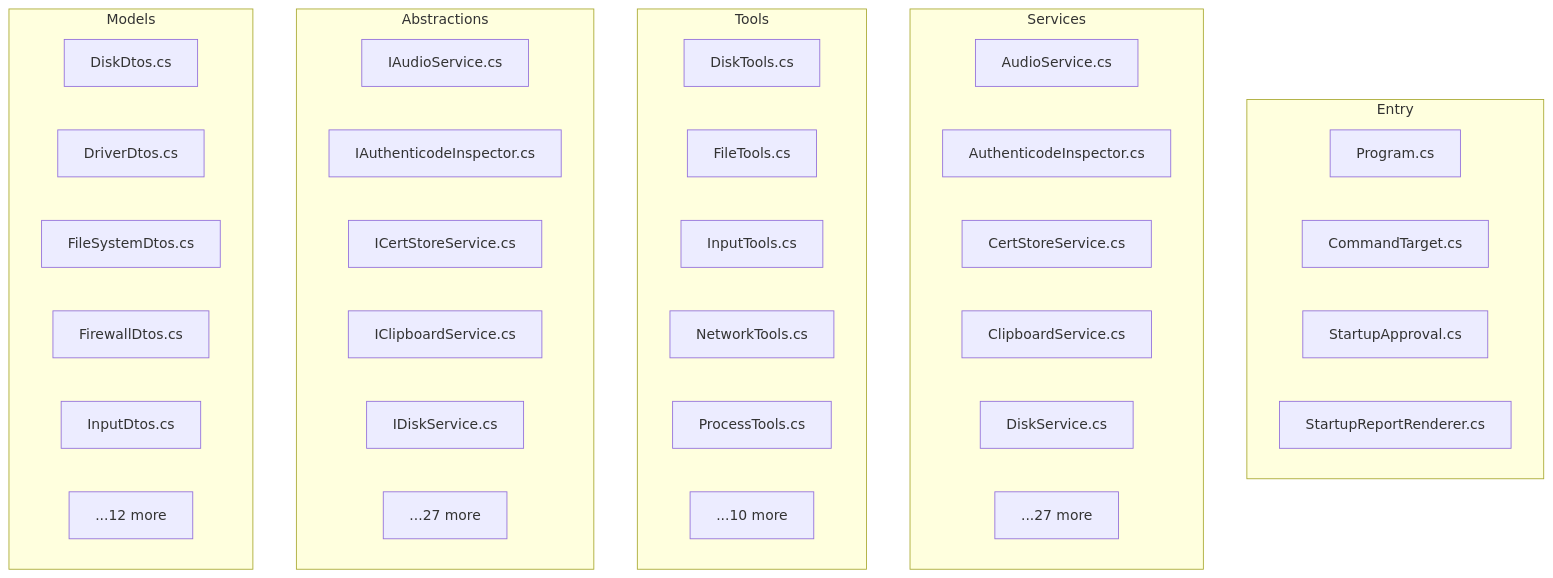
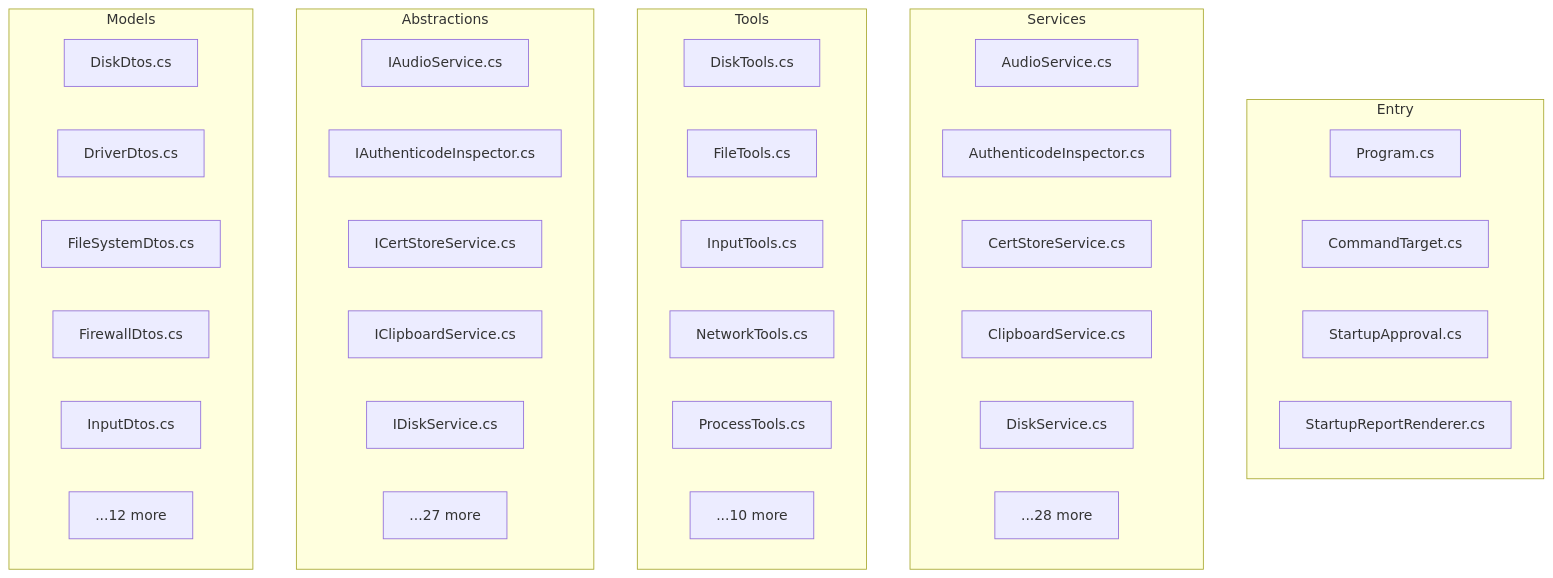
Before and after one commit to Steven23456/Windows-mcp: the diagram in docs/architecture/DEPENDENCY_GRAPH.md, drawn with Mermaid. The commit also changed other lines of this file and 3 other files, not shown here.

First line of the commit message:
chore(docs): regenerate C# dependency graph (101 files, 0 cycles)

````diff
--- a/docs/architecture/DEPENDENCY_GRAPH.md
+++ b/docs/architecture/DEPENDENCY_GRAPH.md
@@ -1553,46 +1570,46 @@
 ```mermaid
 graph TD
     subgraph Entry
         N0[Program.cs]
         N1[CommandTarget.cs]
         N2[StartupApproval.cs]
         N3[StartupReportRenderer.cs]
     end
 
     subgraph Services
         N4[AudioService.cs]
         N5[AuthenticodeInspector.cs]
         N6[CertStoreService.cs]
         N7[ClipboardService.cs]
         N8[DiskService.cs]
-        N9[...27 more]
+        N9[...28 more]
     end
 
     subgraph Tools
         N10[DiskTools.cs]
         N11[FileTools.cs]
         N12[InputTools.cs]
         N13[NetworkTools.cs]
         N14[ProcessTools.cs]
         N15[...10 more]
     end
 
     subgraph Abstractions
         N16[IAudioService.cs]
         N17[IAuthenticodeInspector.cs]
         N18[ICertStoreService.cs]
         N19[IClipboardService.cs]
         N20[IDiskService.cs]
         N21[...27 more]
     end
 
     subgraph Models
         N22[DiskDtos.cs]
         N23[DriverDtos.cs]
         N24[FileSystemDtos.cs]
         N25[FirewallDtos.cs]
         N26[InputDtos.cs]
         N27[...12 more]
     end
 
 ```
````
